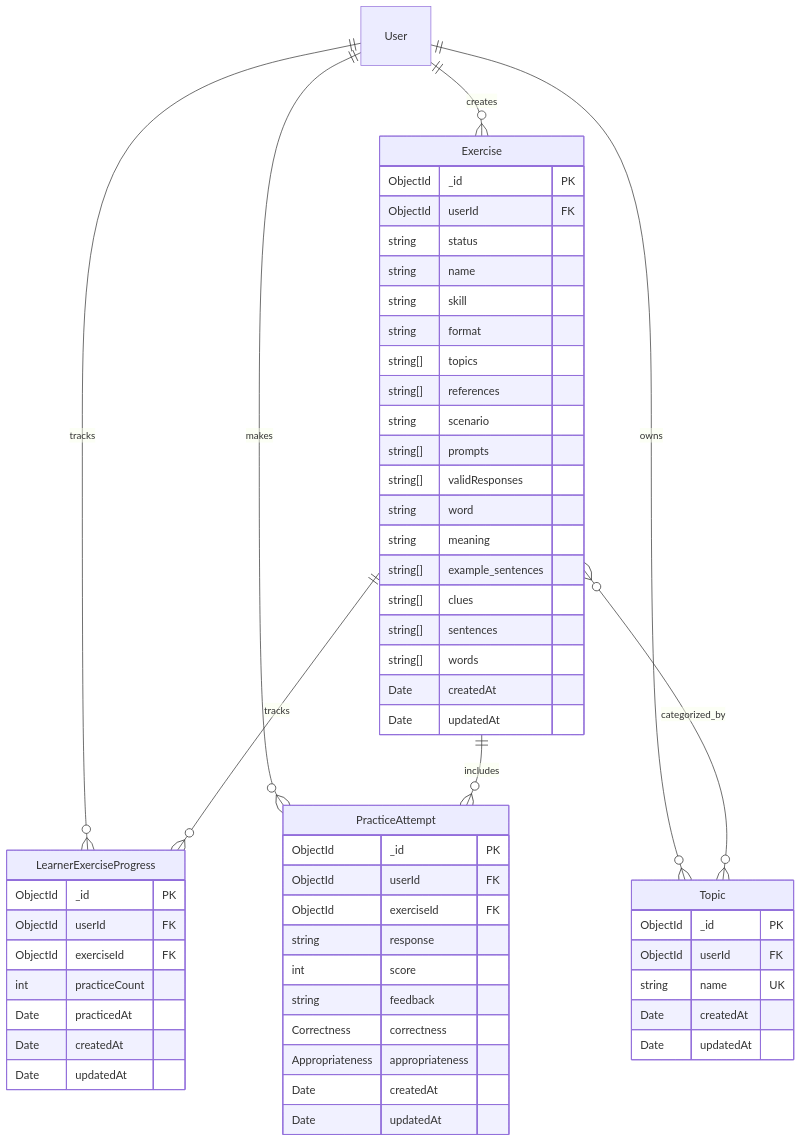
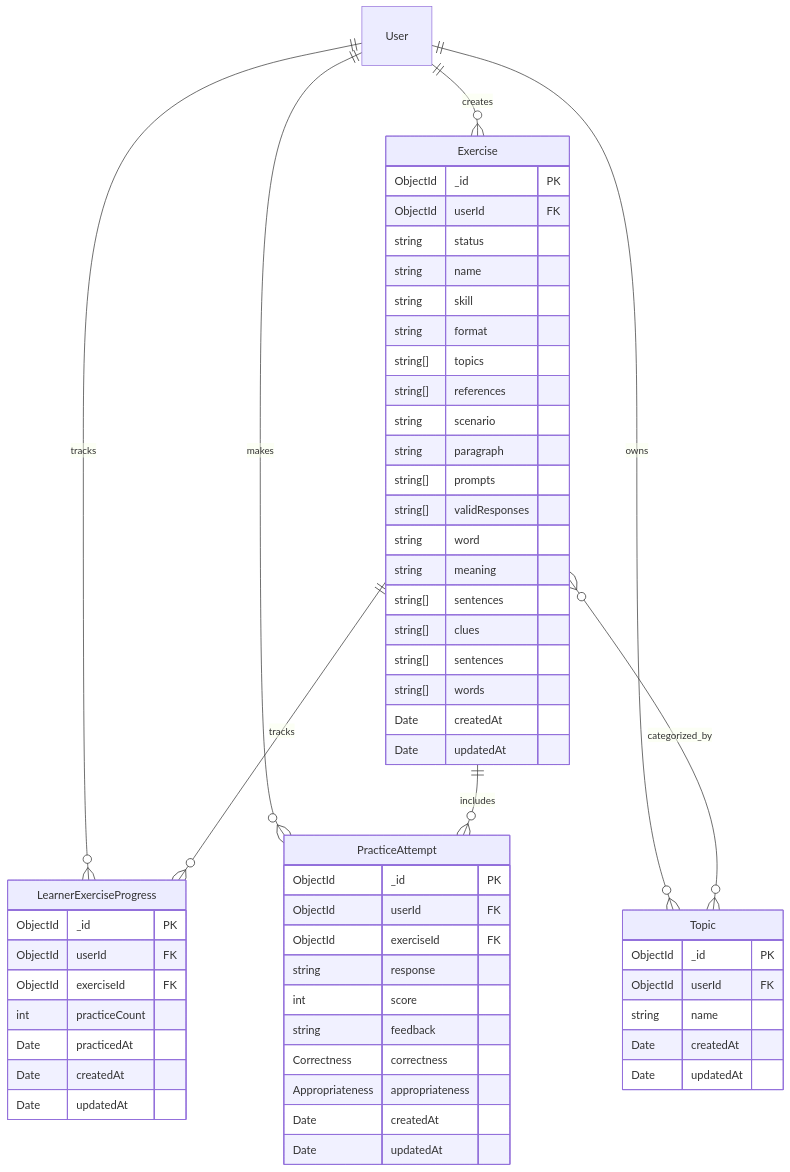
One commit to lamhq/fluento changed the diagram in docs/design/data/practice.md. Above: the diagram before and after it, drawn with Mermaid. The commit also changed other lines of this file and 2 other files, not shown here.

````diff
--- a/docs/design/data/practice.md
+++ b/docs/design/data/practice.md
@@ -11,63 +11,64 @@
 ```mermaid
 erDiagram
     User ||--o{ Exercise : creates
     User ||--o{ Topic : owns
     User ||--o{ LearnerExerciseProgress : tracks
     User ||--o{ PracticeAttempt : makes
     Exercise ||--o{ LearnerExerciseProgress : tracks
     Exercise ||--o{ PracticeAttempt : includes
     Exercise }o--o{ Topic : categorized_by
 
     Exercise {
         ObjectId _id PK
         ObjectId userId FK
         string status
         string name
         string skill
         string format
         string[] topics
         string[] references
         string scenario
+        string paragraph
         string[] prompts
         string[] validResponses
         string word
         string meaning
-        string[] example_sentences
+        string[] sentences
         string[] clues
         string[] sentences
         string[] words
         Date createdAt
         Date updatedAt
     }
 
     Topic {
         ObjectId _id PK
         ObjectId userId FK
-        string name UK
+        string name
         Date createdAt
         Date updatedAt
     }
 
     LearnerExerciseProgress {
         ObjectId _id PK
         ObjectId userId FK
         ObjectId exerciseId FK
         int practiceCount
         Date practicedAt
         Date createdAt
         Date updatedAt
     }
 
     PracticeAttempt {
         ObjectId _id PK
         ObjectId userId FK
         ObjectId exerciseId FK
         string response
         int score
         string feedback
         Correctness correctness
         Appropriateness appropriateness
         Date createdAt
         Date updatedAt
     }
 ```
````
